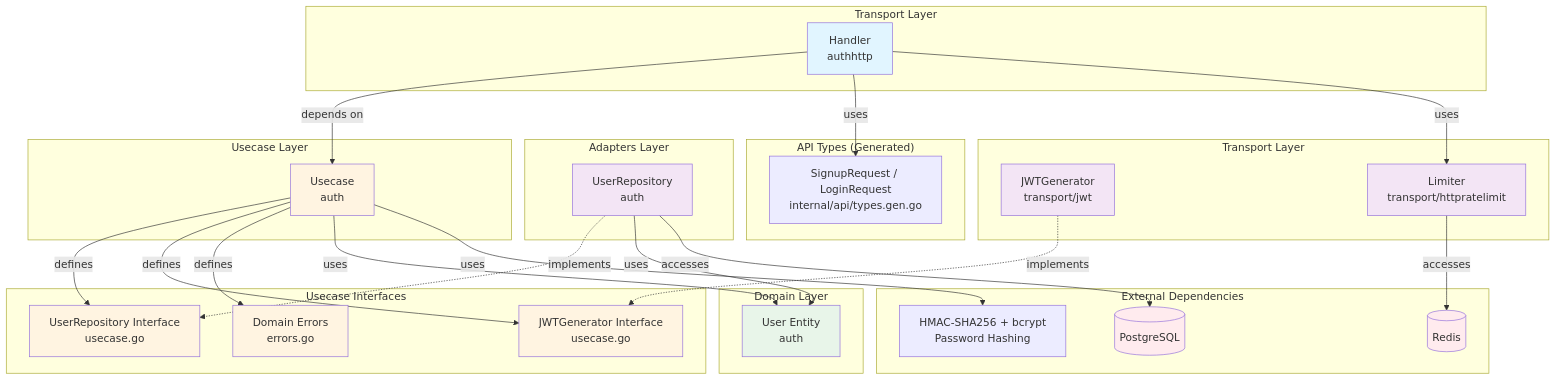
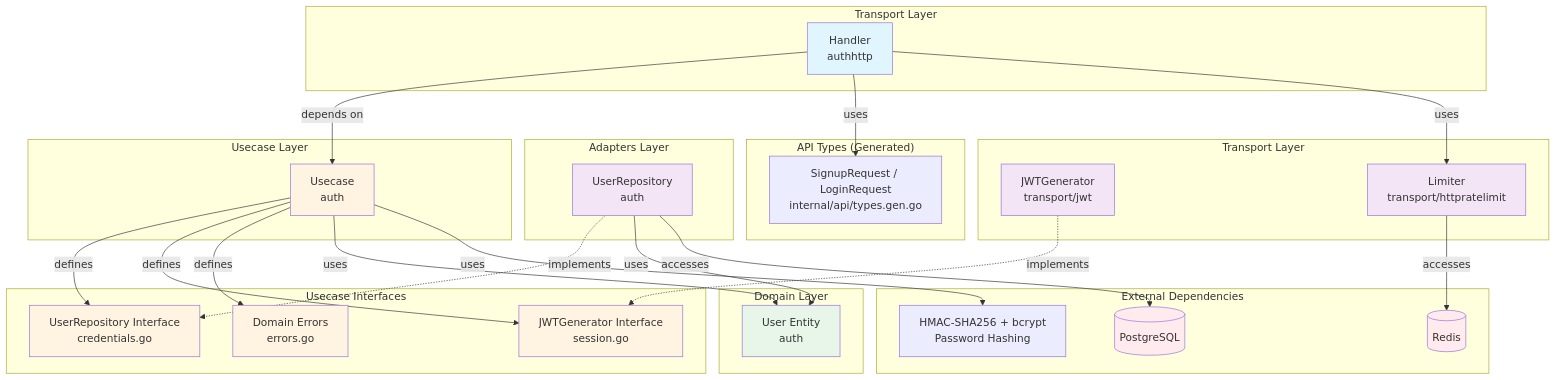
Before and after one commit to UCHIDAnobuhiro/stock-backend: the seventh of 7 diagrams in docs/features/auth.md, drawn with Mermaid. The commit also changed other lines of this file and 14 other files, not shown here.

````diff
--- a/docs/features/auth.md
+++ b/docs/features/auth.md
@@ -538,65 +543,65 @@
 ```mermaid
 graph TB
     subgraph "Transport Layer"
         Handler[Handler<br/>authhttp]
     end
 
     subgraph "API Types (Generated)"
         APITypes[SignupRequest / LoginRequest<br/>internal/api/types.gen.go]
     end
 
     subgraph "Usecase Layer"
         Usecase[Usecase<br/>auth]
     end
 
     subgraph "Domain Layer"
         Entity[User Entity<br/>auth]
     end
 
     subgraph "Usecase Interfaces"
-        RepoInterface[UserRepository Interface<br/>usecase.go]
-        JWTInterface[JWTGenerator Interface<br/>usecase.go]
+        RepoInterface[UserRepository Interface<br/>credentials.go]
+        JWTInterface[JWTGenerator Interface<br/>session.go]
         Errors[Domain Errors<br/>errors.go]
     end
 
     subgraph "Adapters Layer"
         RepoImpl[UserRepository<br/>auth]
     end
 
     subgraph "Transport Layer"
         JWTImpl[JWTGenerator<br/>transport/jwt]
         RateLimiter[Limiter<br/>transport/httpratelimit]
     end
 
     subgraph "External Dependencies"
         DB[(PostgreSQL)]
         BCrypt[HMAC-SHA256 + bcrypt<br/>Password Hashing]
         Redis[(Redis)]
     end
 
     Handler -->|depends on| Usecase
     Handler -->|uses| APITypes
     Handler -->|uses| RateLimiter
     Usecase -->|defines| RepoInterface
     Usecase -->|defines| JWTInterface
     Usecase -->|defines| Errors
     Usecase -->|uses| Entity
     Usecase -->|uses| BCrypt
     RepoImpl -.->|implements| RepoInterface
     RepoImpl -->|uses| Entity
     RepoImpl -->|accesses| DB
     JWTImpl -.->|implements| JWTInterface
     RateLimiter -->|accesses| Redis
 
     style Handler fill:#e1f5ff
     style Usecase fill:#fff4e1
     style Entity fill:#e8f5e9
     style RepoInterface fill:#fff4e1
     style JWTInterface fill:#fff4e1
     style Errors fill:#fff4e1
     style RepoImpl fill:#f3e5f5
     style JWTImpl fill:#f3e5f5
     style RateLimiter fill:#f3e5f5
     style DB fill:#ffebee
     style Redis fill:#ffebee
 ```
````
